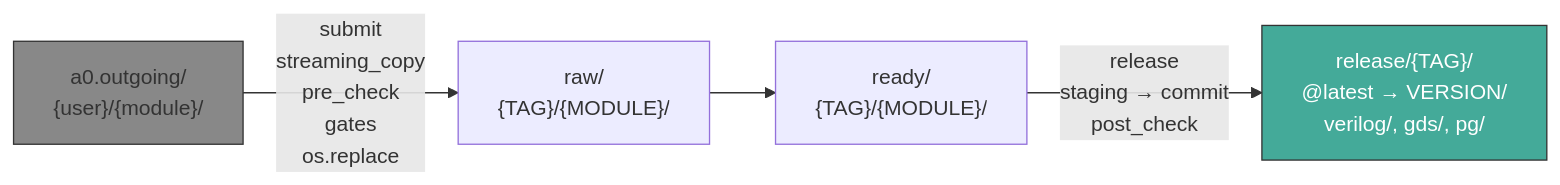
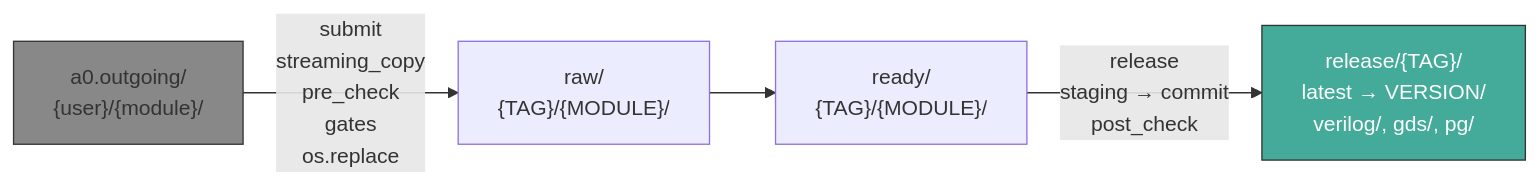
One commit to winsight/ddm changed the second of 17 diagrams in docs/WORKFLOWS.md. Above: the diagram before and after it, drawn with Mermaid. The commit also changed other lines of this file and 8 other files, not shown here.

````diff
--- a/docs/WORKFLOWS.md
+++ b/docs/WORKFLOWS.md
@@ -53,9 +53,9 @@
 ```mermaid
 flowchart LR
     A0["a0.outgoing/<br/>{user}/{module}/"] -->|"submit<br/>streaming_copy<br/>pre_check<br/>gates<br/>os.replace"| RAW
     RAW["raw/<br/>{TAG}/{MODULE}/"] --> READY
-    READY["ready/<br/>{TAG}/{MODULE}/"] -->|"release<br/>staging → commit<br/>post_check"| REL["release/{TAG}/<br/>@latest → VERSION/<br/>verilog/, gds/, pg/"]
+    READY["ready/<br/>{TAG}/{MODULE}/"] -->|"release<br/>staging → commit<br/>post_check"| REL["release/{TAG}/<br/>latest → VERSION/<br/>verilog/, gds/, pg/"]
 
     style A0 fill:#888,stroke:#333
     style REL fill:#4a9,stroke:#333,color:#fff
 ```
````
